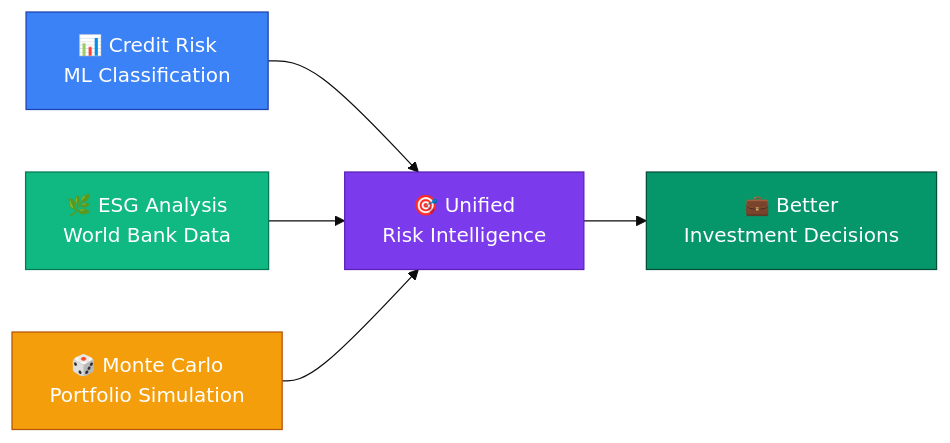
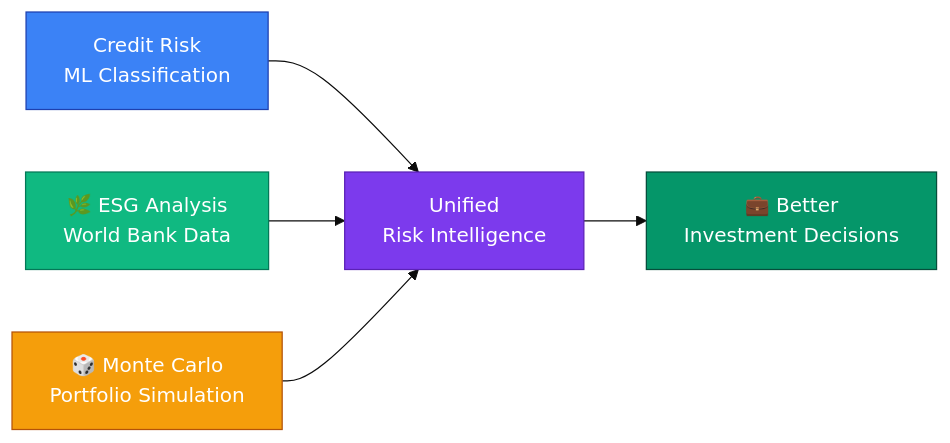
The first of 2 diagrams in README.md (Vaibhav-S-Gowda/AI-Driven-Financial-Risk-Analysis-for-Sustainable-Economic-Growth), drawn with Mermaid (base theme) before and after one commit. The commit also changed other lines of this file, not shown here.

````diff
--- a/README.md
+++ b/README.md
@@ -61,13 +49,13 @@
 ```mermaid
 graph LR
-    A["📊 Credit Risk<br/>ML Classification"] --> D["🎯 Unified<br/>Risk Intelligence"]
+    A[" Credit Risk<br/>ML Classification"] --> D[" Unified<br/>Risk Intelligence"]
     B["🌿 ESG Analysis<br/>World Bank Data"] --> D
     C["🎲 Monte Carlo<br/>Portfolio Simulation"] --> D
     D --> E["💼 Better<br/>Investment Decisions"]
 
     style A fill:#3B82F6,color:#fff,stroke:#1E40AF
     style B fill:#10B981,color:#fff,stroke:#047857
     style C fill:#F59E0B,color:#fff,stroke:#B45309
     style D fill:#7C3AED,color:#fff,stroke:#5B21B6
     style E fill:#059669,color:#fff,stroke:#064E3B
 ```
````
